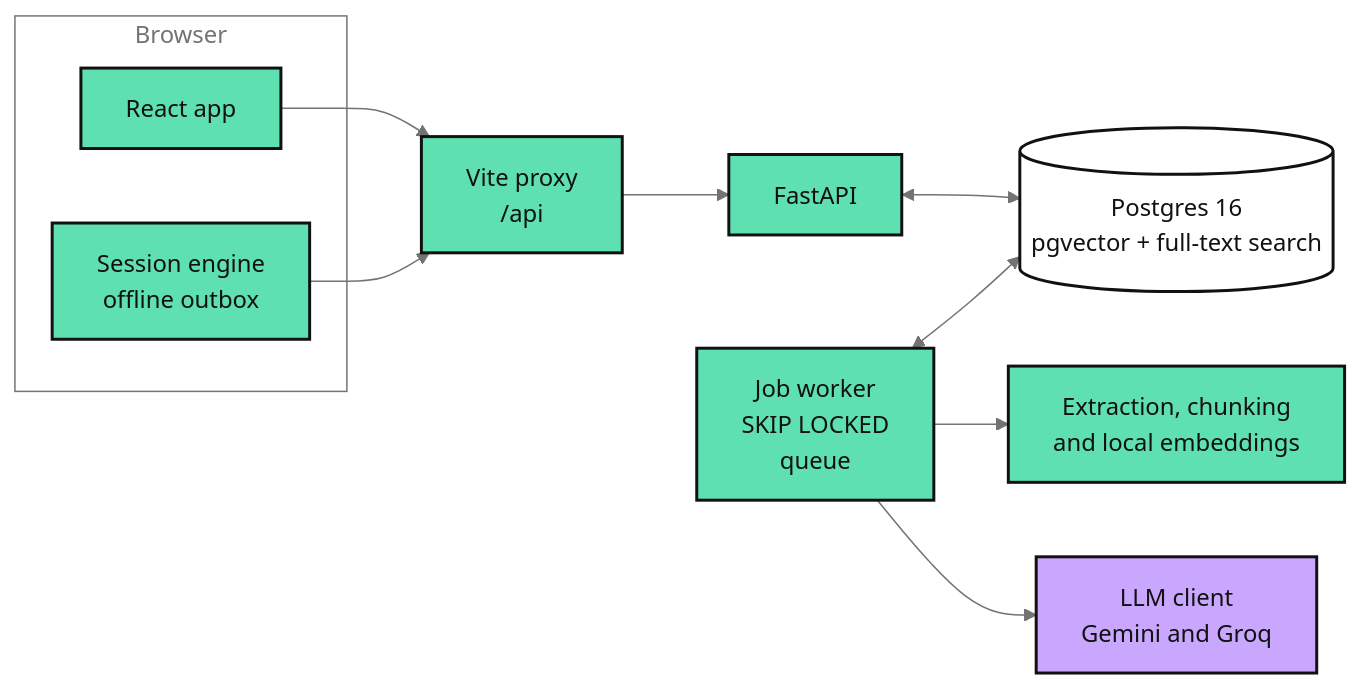
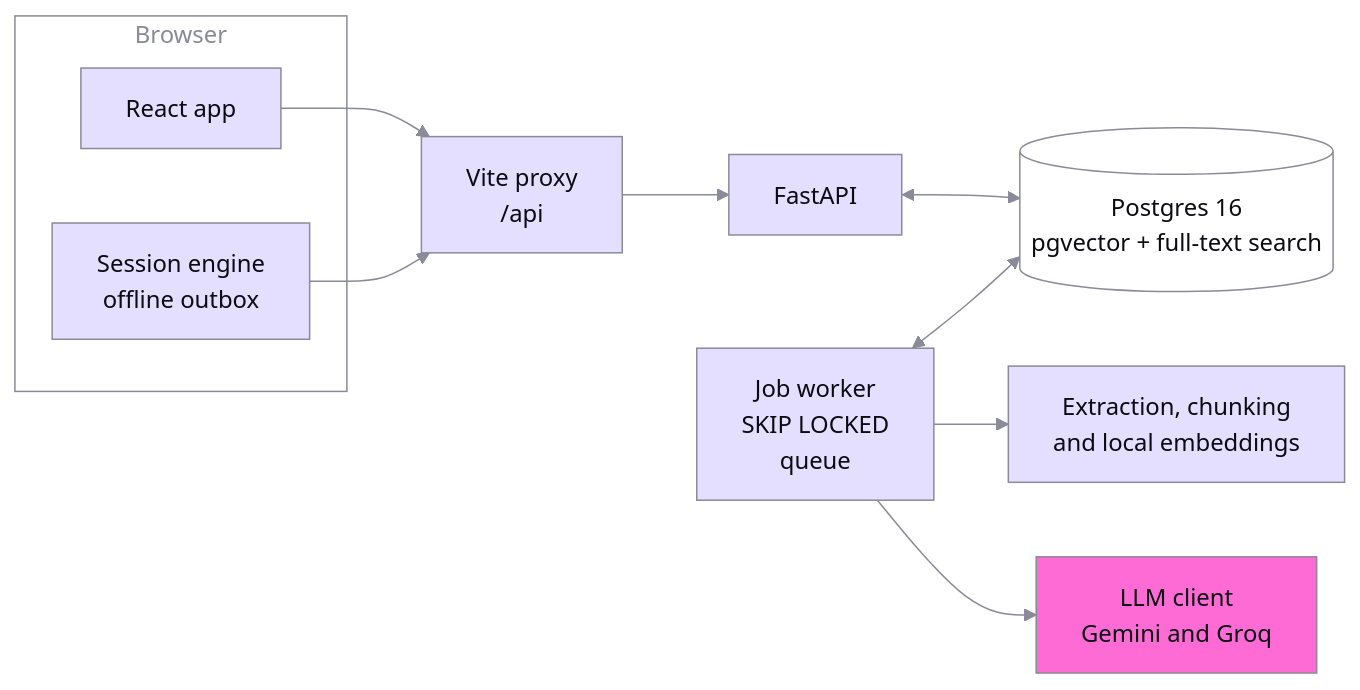
One commit to Josh-Heath123/StudySensei changed the diagram in README.md. Above: the diagram before and after it, drawn with Mermaid. The commit also changed other lines of this file and 16 other files, not shown here.

Commit message:
docs: banners, social previews and screenshots in Glass, light and dark; README pictures and diagram; PROGRESS

````diff
--- a/README.md
+++ b/README.md
@@ -69,29 +70,29 @@
 ```mermaid
-%%{init: {"theme": "base", "themeVariables": {"lineColor": "#737373", "textColor": "#737373", "primaryTextColor": "#111111", "primaryBorderColor": "#111111", "clusterBkg": "transparent", "clusterBorder": "#737373", "titleColor": "#737373"}}}%%
+%%{init: {"theme": "base", "themeVariables": {"lineColor": "#8A8A99", "textColor": "#8A8A99", "primaryTextColor": "#0B0B12", "primaryBorderColor": "#8A8A99", "clusterBkg": "transparent", "clusterBorder": "#8A8A99", "titleColor": "#8A8A99"}}}%%
 flowchart LR
   subgraph browser["Browser"]
     app["React app"]
     engine["Session engine<br/>offline outbox"]
   end
   proxy["Vite proxy<br/>/api"]
   api["FastAPI"]
   db[("Postgres 16<br/>pgvector + full-text search")]
   worker["Job worker<br/>SKIP LOCKED<br/>queue"]
   local["Extraction, chunking<br/>and local embeddings"]
   llm["LLM client<br/>Gemini and Groq"]
 
   app --> proxy
   engine --> proxy
   proxy --> api
   api <--> db
   worker <--> db
   worker --> local
   worker --> llm
 
-  classDef ai fill:#C9A7FF,stroke:#111111,color:#111111,stroke-width:2px
-  classDef code fill:#5EE0B0,stroke:#111111,color:#111111,stroke-width:2px
-  classDef store fill:#FFFFFF,stroke:#111111,color:#111111,stroke-width:2px
+  classDef ai fill:#FE6BD4,stroke:#8A8A99,color:#0B0B12,stroke-width:1px
+  classDef code fill:#E4DEFF,stroke:#8A8A99,color:#0B0B12,stroke-width:1px
+  classDef store fill:#FFFFFF,stroke:#8A8A99,color:#0B0B12,stroke-width:1px
   class llm ai
   class app,engine,proxy,api,worker,local code
   class db store
 ```
````
